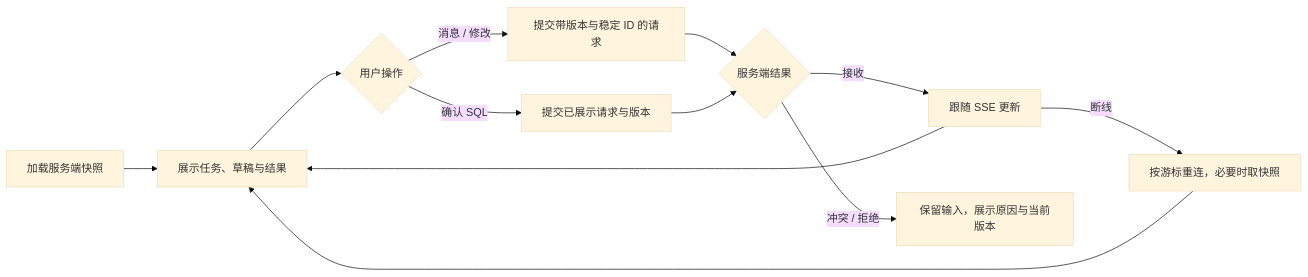
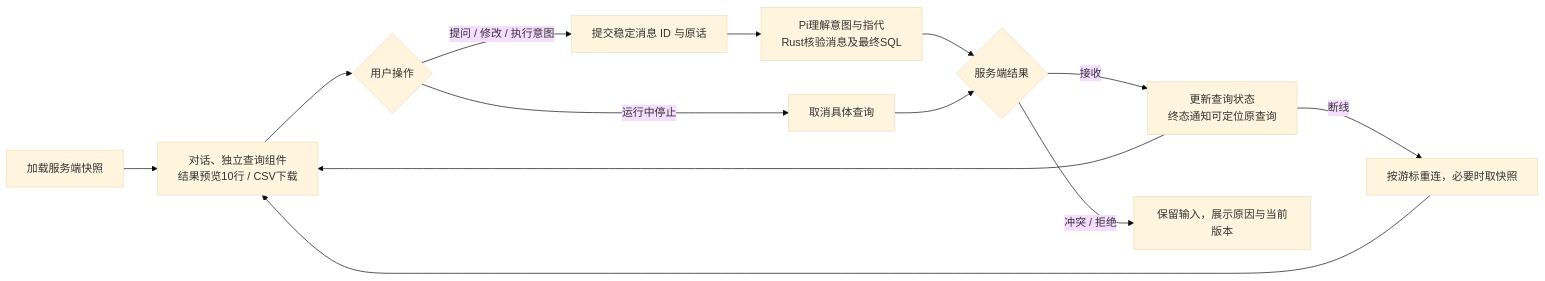
Before and after one commit to yaoziyaoguai/data_agent: the ninth of 10 diagrams in docs/architecture/implementation-views.md, drawn with Mermaid (base theme). The commit also changed other lines of this file and 52 other files, not shown here.

````diff
--- a/docs/architecture/implementation-views.md
+++ b/docs/architecture/implementation-views.md
@@ -292,13 +320,14 @@
 ```mermaid
 flowchart LR
-  A["加载服务端快照"] --> B["展示任务、草稿与结果"]
+  A["加载服务端快照"] --> B["对话、独立查询组件<br/>结果预览10行 / CSV下载"]
   B --> C{"用户操作"}
-  C -->|消息 / 修改| D["提交带版本与稳定 ID 的请求"]
-  C -->|确认 SQL| E["提交已展示请求与版本"]
-  D & E --> F{"服务端结果"}
-  F -->|接收| G["跟随 SSE 更新"]
+  C -->|提问 / 修改 / 执行意图| D["提交稳定消息 ID 与原话"]
+  C -->|运行中停止| E["取消具体查询"]
+  D --> Pi["Pi理解意图与指代<br/>Rust核验消息及最终SQL"]
+  Pi & E --> F{"服务端结果"}
+  F -->|接收| G["更新查询状态<br/>终态通知可定位原查询"]
   F -->|冲突 / 拒绝| H["保留输入，展示原因与当前版本"]
   G --> B
   G -->|断线| I["按游标重连，必要时取快照"]
   I --> B
 ```
````
